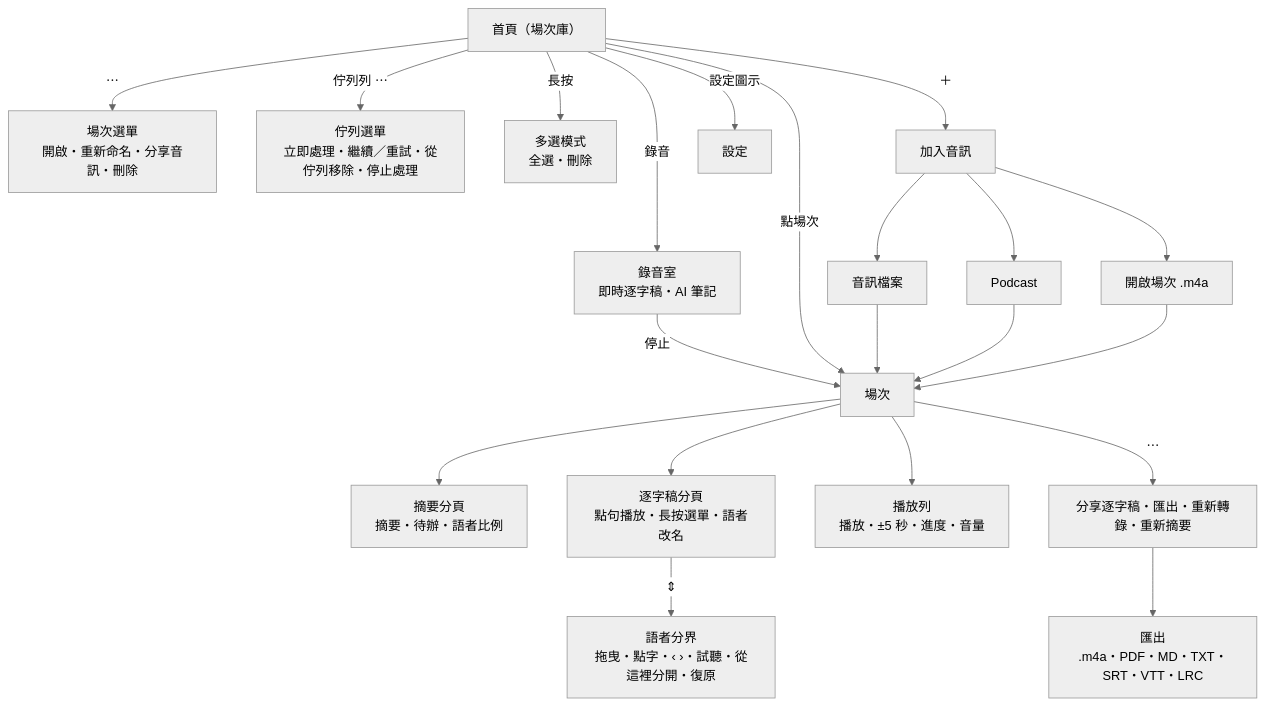
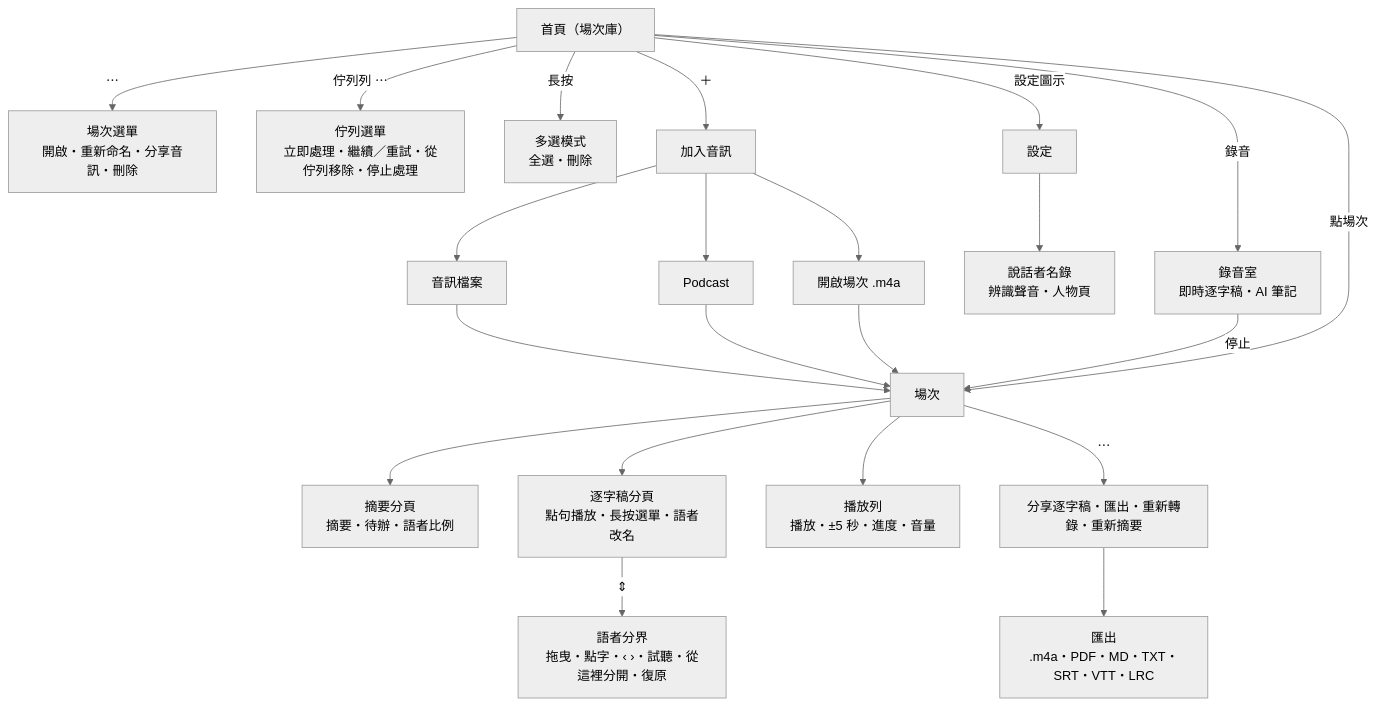
Before and after one commit to vieenrose/PrimeMinutes: the diagram in docs/USER_GUIDE.md, drawn with Mermaid (neutral theme). The commit also changed other lines of this file and 5 other files, not shown here.

First line of the commit message:
ios docs: 說話者名錄 / People, voice recognition and its privacy rules

````diff
--- a/docs/USER_GUIDE.md
+++ b/docs/USER_GUIDE.md
@@ -13,24 +13,25 @@
 ```mermaid
 flowchart TD
     Home["首頁（場次庫）"]
     Home -->|"⋯"| RowMenu["場次選單<br/>開啟・重新命名・分享音訊・刪除"]
     Home -->|"佇列列 ⋯"| QueueMenu["佇列選單<br/>立即處理・繼續／重試・從佇列移除・停止處理"]
     Home -->|長按| Select["多選模式<br/>全選・刪除"]
     Home -->|＋| Add["加入音訊"]
     Add --> File["音訊檔案"]
     Add --> Podcast["Podcast"]
     Add --> Open["開啟場次 .m4a"]
     Home -->|設定圖示| Settings["設定"]
+    Settings --> People["說話者名錄<br/>辨識聲音・人物頁"]
     Home -->|錄音| Booth["錄音室<br/>即時逐字稿・AI 筆記"]
     Booth -->|停止| Session
     Home -->|點場次| Session["場次"]
     File --> Session
     Podcast --> Session
     Open --> Session
     Session --> Summary["摘要分頁<br/>摘要・待辦・語者比例"]
     Session --> Transcript["逐字稿分頁<br/>點句播放・長按選單・語者改名"]
     Transcript -->|"⇕"| Boundary["語者分界<br/>拖曳・點字・‹ ›・試聽・從這裡分開・復原"]
     Session --> Player["播放列<br/>播放・±5 秒・進度・音量"]
     Session -->|"⋯"| More["分享逐字稿・匯出・重新轉錄・重新摘要"]
     More --> Export["匯出<br/>.m4a・PDF・MD・TXT・SRT・VTT・LRC"]
 ```
````
